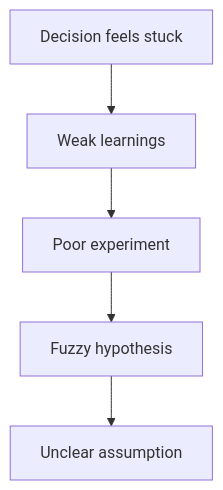
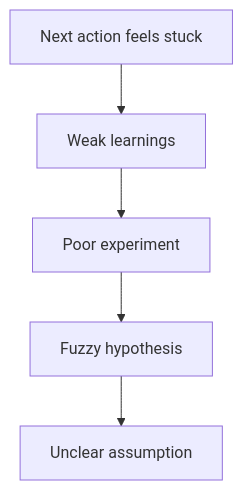
The diagram in troubleshooting/README.md (swiftracks/innovation-playbook), drawn with Mermaid before and after one commit. The commit also changed other lines of this file and 70 other files, not shown here.

````diff
--- a/troubleshooting/README.md
+++ b/troubleshooting/README.md
@@ -19,7 +24,7 @@
 ```mermaid
 flowchart TD
-  decisionStall[Decision feels stuck] --> weakLearnings[Weak learnings]
+  actionStall[Next action feels stuck] --> weakLearnings[Weak learnings]
   weakLearnings --> poorExperiment[Poor experiment]
   poorExperiment --> fuzzyHypothesis[Fuzzy hypothesis]
   fuzzyHypothesis --> unclearAssumption[Unclear assumption]
 ```
````
